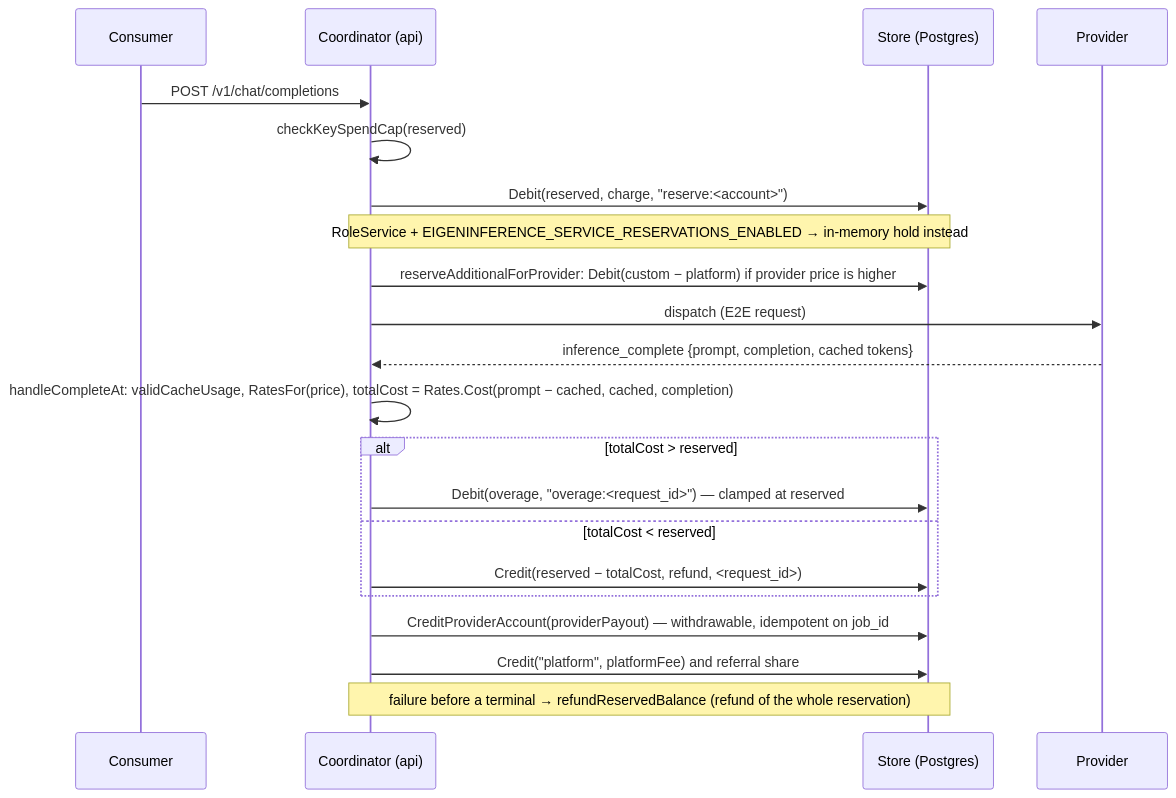
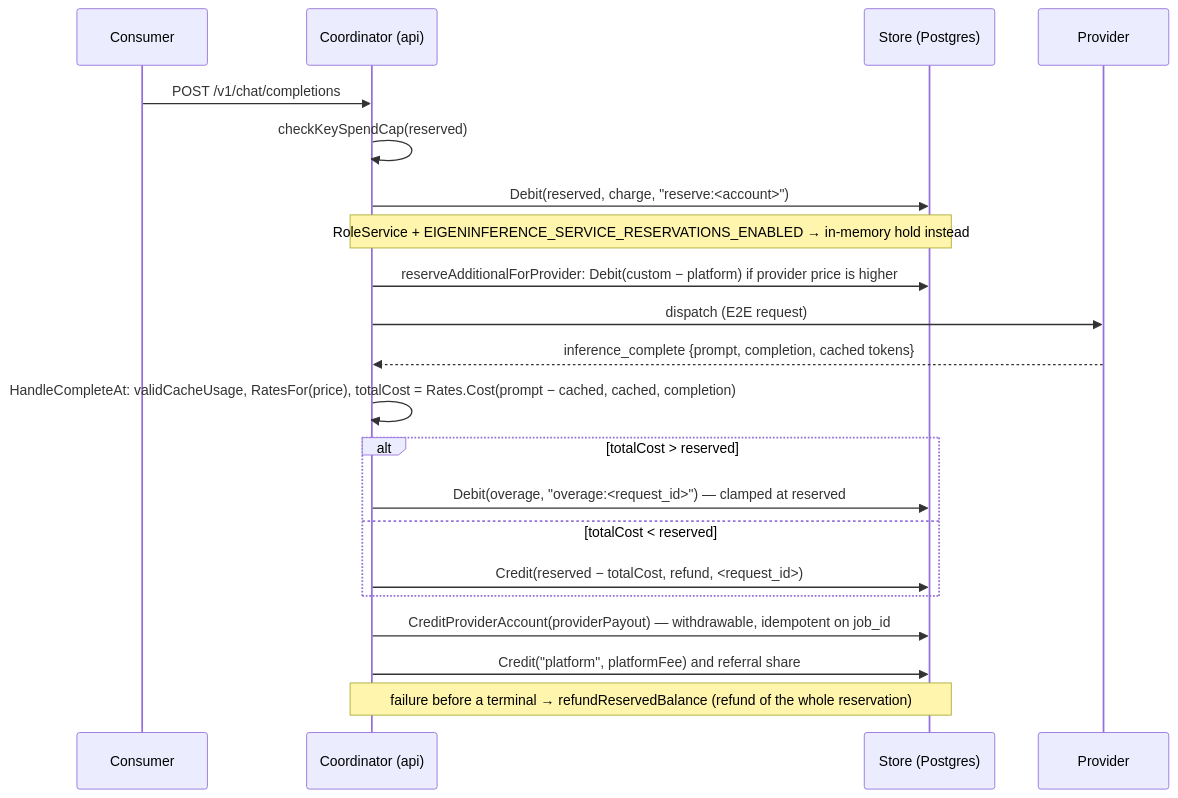
The diagram in docs/architecture/billing.md (Layr-Labs/d-inference), drawn with Mermaid before and after one commit. The commit also changed other lines of this file and 623 other files, not shown here.

````diff
--- a/docs/architecture/billing.md
+++ b/docs/architecture/billing.md
@@ -56,23 +56,23 @@
 ```mermaid
 sequenceDiagram
   participant C as Consumer
   participant A as Coordinator (api)
   participant S as Store (Postgres)
   participant P as Provider
   C->>A: POST /v1/chat/completions
   A->>A: checkKeySpendCap(reserved)
   A->>S: Debit(reserved, charge, "reserve:<account>")
   Note over A,S: RoleService + EIGENINFERENCE_SERVICE_RESERVATIONS_ENABLED → in-memory hold instead
   A->>S: reserveAdditionalForProvider: Debit(custom − platform) if provider price is higher
   A->>P: dispatch (E2E request)
   P-->>A: inference_complete {prompt, completion, cached tokens}
-  A->>A: handleCompleteAt: validCacheUsage, RatesFor(price), totalCost = Rates.Cost(prompt − cached, cached, completion)
+  A->>A: HandleCompleteAt: validCacheUsage, RatesFor(price), totalCost = Rates.Cost(prompt − cached, cached, completion)
   alt totalCost > reserved
     A->>S: Debit(overage, "overage:<request_id>") — clamped at reserved
   else totalCost < reserved
     A->>S: Credit(reserved − totalCost, refund, <request_id>)
   end
   A->>S: CreditProviderAccount(providerPayout) — withdrawable, idempotent on job_id
   A->>S: Credit("platform", platformFee) and referral share
   Note over A,S: failure before a terminal → refundReservedBalance (refund of the whole reservation)
 ```
````
